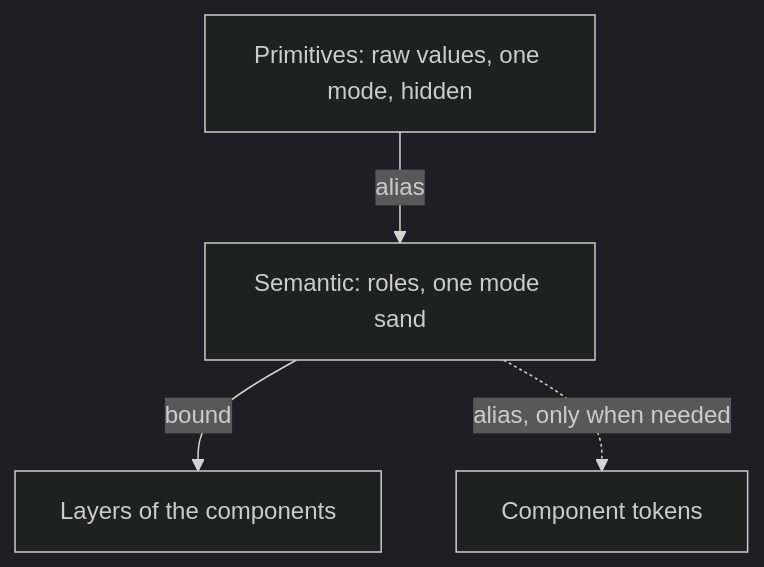
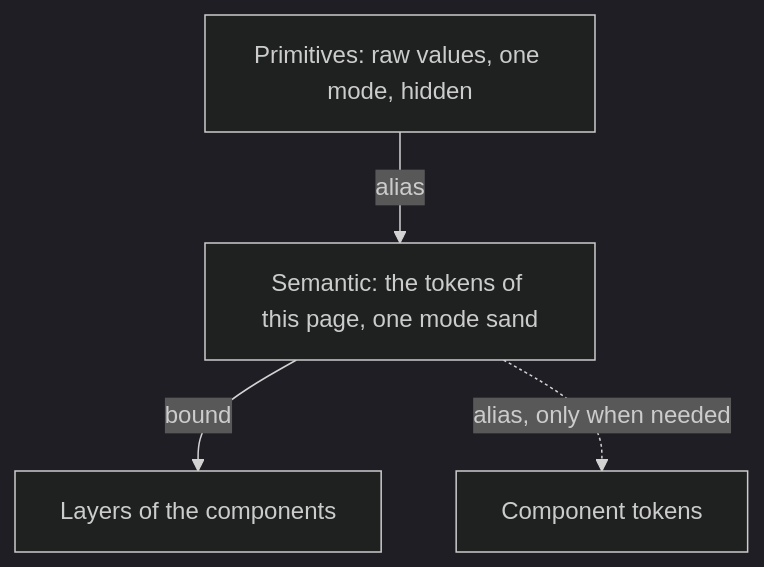
The diagram in design-system/02-foundations.md (AlexandreGallais/synoptic-studio-spec), drawn with Mermaid (dark theme) before and after one commit. The commit also changed other lines of this file and 248 other files, not shown here.

````diff
--- a/design-system/02-foundations.md
+++ b/design-system/02-foundations.md
@@ -11,6 +13,6 @@
 ```mermaid
 flowchart TD
-    P["Primitives: raw values, one mode, hidden"] -->|"alias"| S["Semantic: roles, one mode sand"]
+    P["Primitives: raw values, one mode, hidden"] -->|"alias"| S["Semantic: the tokens of this page, one mode sand"]
     S -->|"bound"| L["Layers of the components"]
     S -.->|"alias, only when needed"| C["Component tokens"]
 ```
````
